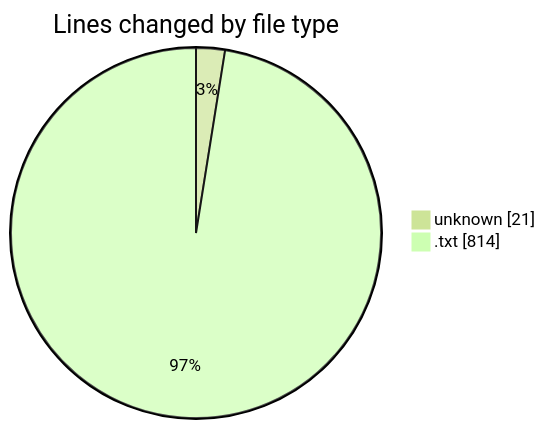
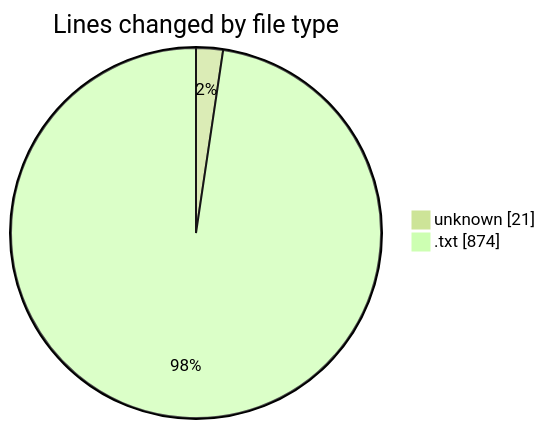
Before and after one commit to EIIisD/code-tracking: the first of 2 diagrams in 2025-07-25/cutler/README.md, drawn with Mermaid (forest theme). The commit also changed other lines of this file and 1 other file, not shown here.

````diff
--- a/2025-07-25/cutler/README.md
+++ b/2025-07-25/cutler/README.md
@@ -30,6 +30,6 @@
 ```mermaid
 pie showData
 title Lines changed by file type
 "unknown" : 21
-".txt" : 814
+".txt" : 874
 ```
````
